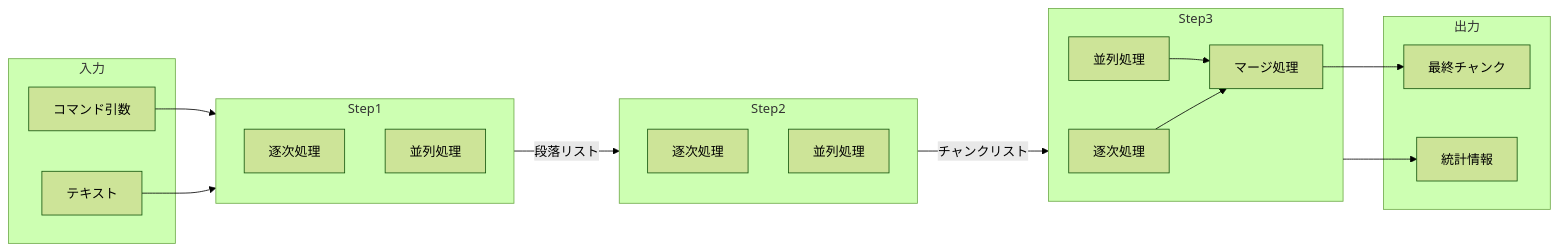
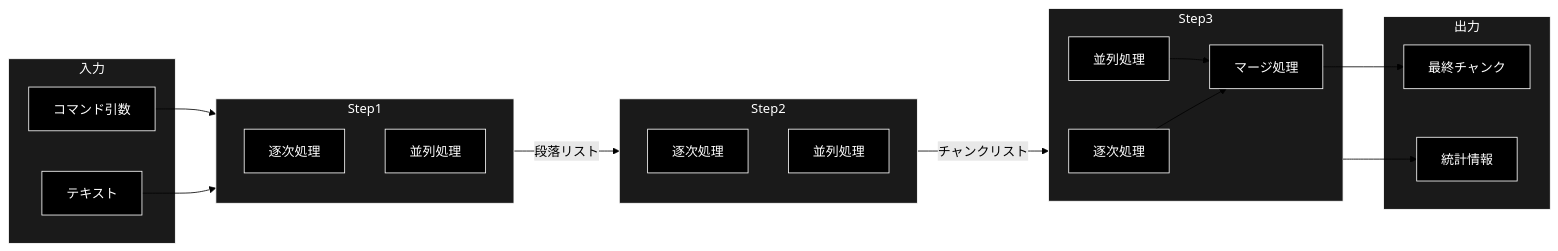
Before and after one commit to nakashima2toshio/ollama_grace_agent_v2: the second of 6 diagrams in chunking/doc/check_async.md, drawn with Mermaid (forest theme). The commit also changed other lines of this file and 13 other files, not shown here.

````diff
--- a/chunking/doc/check_async.md
+++ b/chunking/doc/check_async.md
@@ -121,37 +129,45 @@
 ```mermaid
 flowchart LR
     subgraph INPUT["入力"]
         TEXT[テキスト]
         ARGS[コマンド引数]
     end
 
     subgraph STEP1["Step1"]
         S1S[逐次処理]
         S1P[並列処理]
     end
 
     subgraph STEP2["Step2"]
         S2S[逐次処理]
         S2P[並列処理]
     end
 
     subgraph STEP3["Step3"]
         S3S[逐次処理]
         S3P[並列処理]
         MERGE[マージ処理]
     end
 
     subgraph OUTPUT["出力"]
         CHUNKS[最終チャンク]
         STATS[統計情報]
     end
 
     TEXT --> STEP1
     ARGS --> STEP1
     STEP1 -->|段落リスト| STEP2
     STEP2 -->|チャンクリスト| STEP3
     S3S --> MERGE
     S3P --> MERGE
     MERGE --> CHUNKS
     STEP3 --> STATS
+classDef default fill:#000,stroke:#fff,color:#fff
+classDef subgraphStyle fill:#1a1a1a,stroke:#fff,color:#fff
+class TEXT,ARGS,S1S,S1P,S2S,S2P,S3S,S3P,MERGE,CHUNKS,STATS default
+style INPUT fill:#1a1a1a,stroke:#fff,color:#fff
+style STEP1 fill:#1a1a1a,stroke:#fff,color:#fff
+style STEP2 fill:#1a1a1a,stroke:#fff,color:#fff
+style STEP3 fill:#1a1a1a,stroke:#fff,color:#fff
+style OUTPUT fill:#1a1a1a,stroke:#fff,color:#fff
 ```
````
